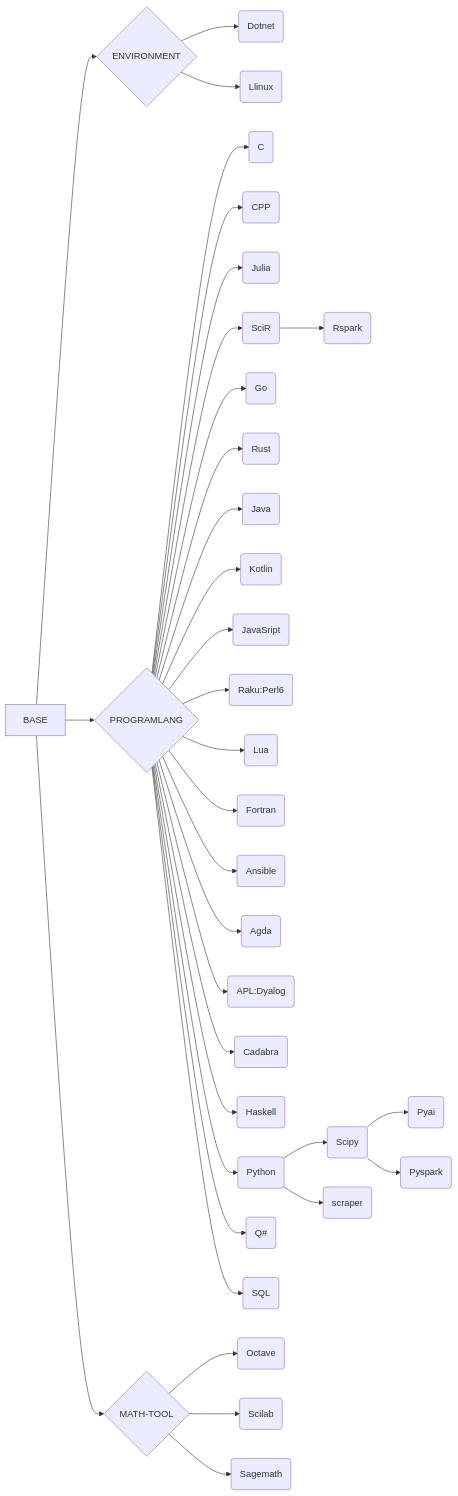
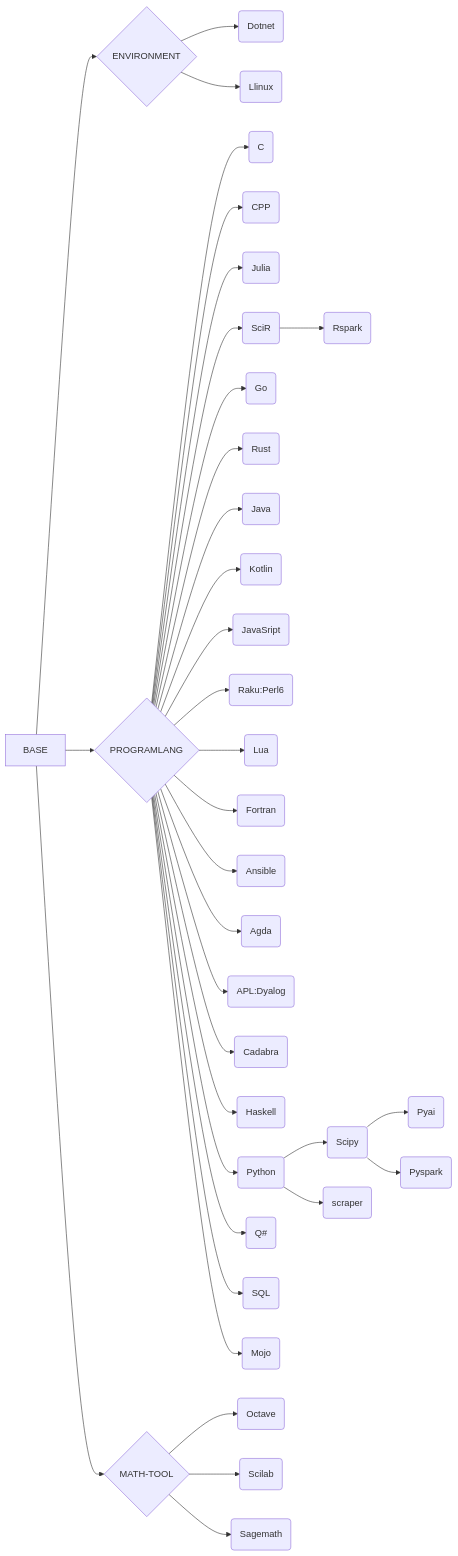
One commit to ben0i0d/jupyter-image-stacks changed the diagram in README.md. Above: the diagram before and after it, drawn with Mermaid. The commit also changed other lines of this file and 2 other files, not shown here.

Commit message:
Update 3 files
- /mojo/Dockerfile
- /README.md
- /.gitlab-ci.yml

````diff
--- a/README.md
+++ b/README.md
@@ -81,33 +82,34 @@
 ```mermaid
 graph LR
 BASE-->ENV{ENVIRONMENT}-->EA(Dotnet)
 ENV-->EB(Llinux)
 BASE-->PROGRAM{PROGRAMLANG}
 PROGRAM-->PA(C)
 PROGRAM-->PB(CPP)
 PROGRAM-->PC(Julia)
 PROGRAM-->PD(SciR)-->PDA(Rspark)
 PROGRAM-->PE(Go)
 PROGRAM-->PF(Rust)
 PROGRAM-->PG(Java)
 PROGRAM-->PH(Kotlin)
 PROGRAM-->PI(JavaSript)
 PROGRAM-->PJ(Raku:Perl6)
 PROGRAM-->PK(Lua)
 PROGRAM-->PL(Fortran)
 PROGRAM-->PM(Ansible)
 PROGRAM-->PN(Agda)
 PROGRAM-->PO(APL:Dyalog)
 PROGRAM-->PP(Cadabra)
 PROGRAM-->PQ(Haskell)
 PROGRAM-->PR(Python)
 PROGRAM-->PS(Q#)
 PROGRAM-->PT(SQL)
+PROGRAM-->PU(Mojo)
 PR-->PRA(Scipy)
 PR-->PRB(scraper)
 PRA-->PRAA(Pyai)  
 PRA-->PRAB(Pyspark)  
 BASE-->MATH{MATH-TOOL}-->MA(Octave)
 MATH-->MB(Scilab)
 MATH-->MC(Sagemath)
 ```
````
